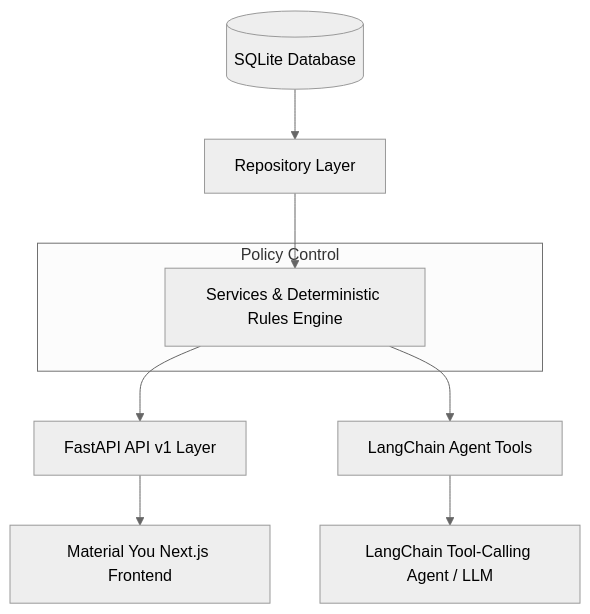
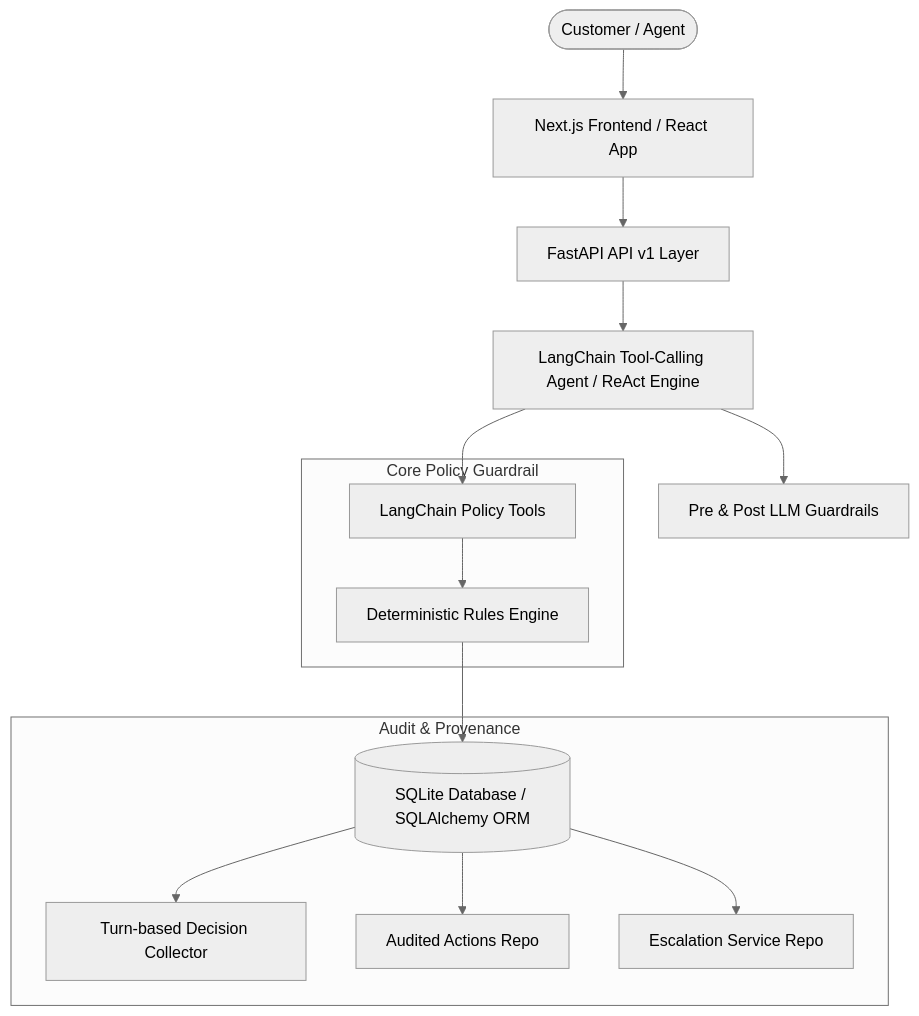
The diagram in README.md (RitikaSingh24/airline-resolution-agent), drawn with Mermaid (neutral theme) before and after one commit. The commit also changed other lines of this file, not shown here.

Commit message:
feat: complete airline disruption resolution agent with deterministic policy engine, dynamic audit logs, and escalations

````diff
--- a/README.md
+++ b/README.md
@@ -13,13 +13,21 @@
 ```mermaid
 graph TD
-    DB[(SQLite Database)] --> Repositories[Repository Layer]
-    Repositories --> Services[Services & Deterministic Rules Engine]
-    Services --> API[FastAPI API v1 Layer]
-    Services --> Tools[LangChain Agent Tools]
-    Tools --> Agent[LangChain Tool-Calling Agent / LLM]
-    API --> Frontend[Material You Next.js Frontend]
-
-    subgraph Policy Control
-        Services
+    User([Customer / Agent]) --> Frontend[Next.js Frontend / React App]
+    Frontend --> API[FastAPI API v1 Layer]
+    API --> Agent[LangChain Tool-Calling Agent / ReAct Engine]
+    Agent --> Guardrails[Pre & Post LLM Guardrails]
+    Agent --> Tools[LangChain Policy Tools]
+    Tools --> RulesEngine[Deterministic Rules Engine]
+    RulesEngine --> DB[(SQLite Database / SQLAlchemy ORM)]
+    
+    subgraph Core Policy Guardrail
+        RulesEngine
+        Tools
+    end
+    
+    subgraph Audit & Provenance
+        DB --> DecisionCollector[Turn-based Decision Collector]
+        DB --> ActionLog[Audited Actions Repo]
+        DB --> Escalations[Escalation Service Repo]
     end
 ```
````
